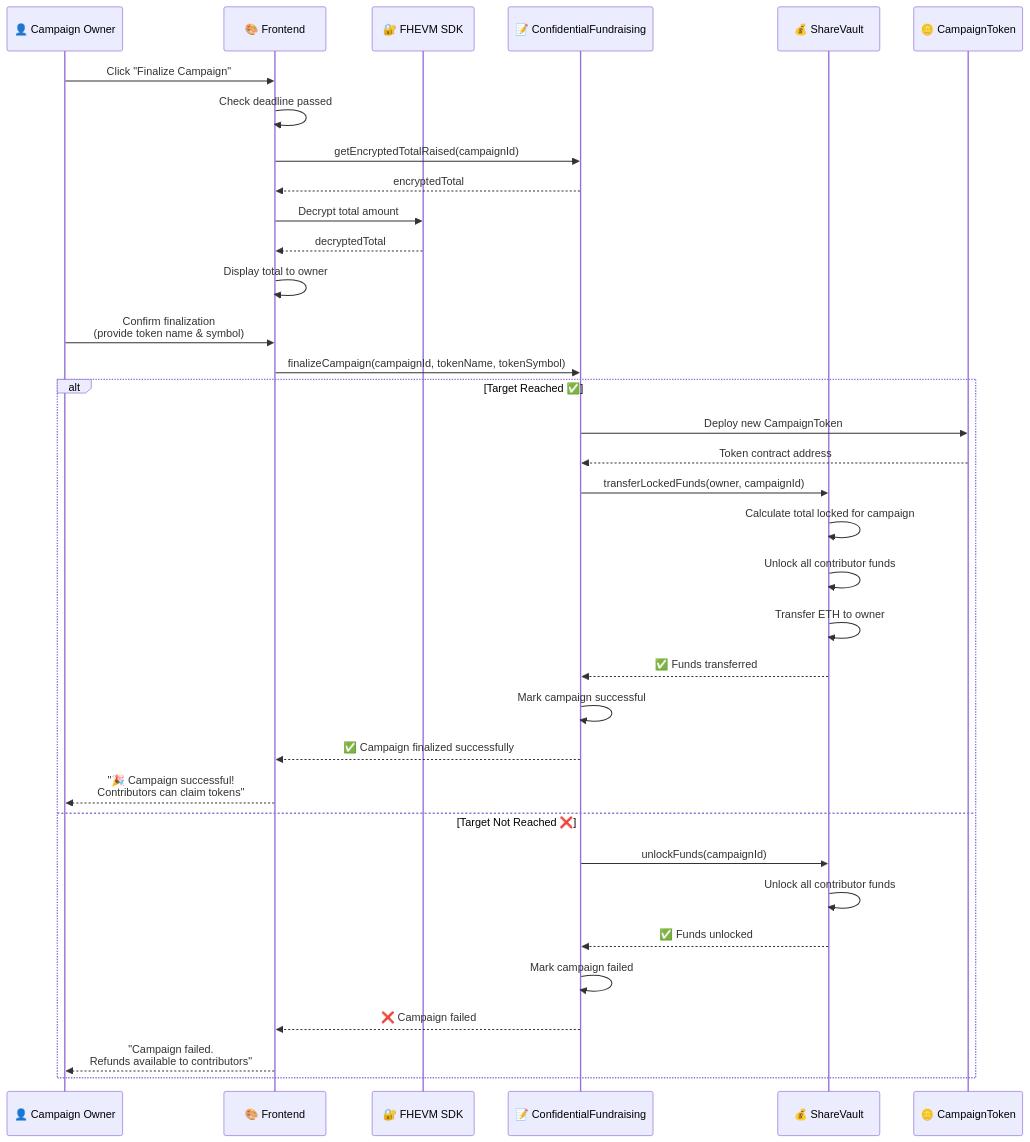
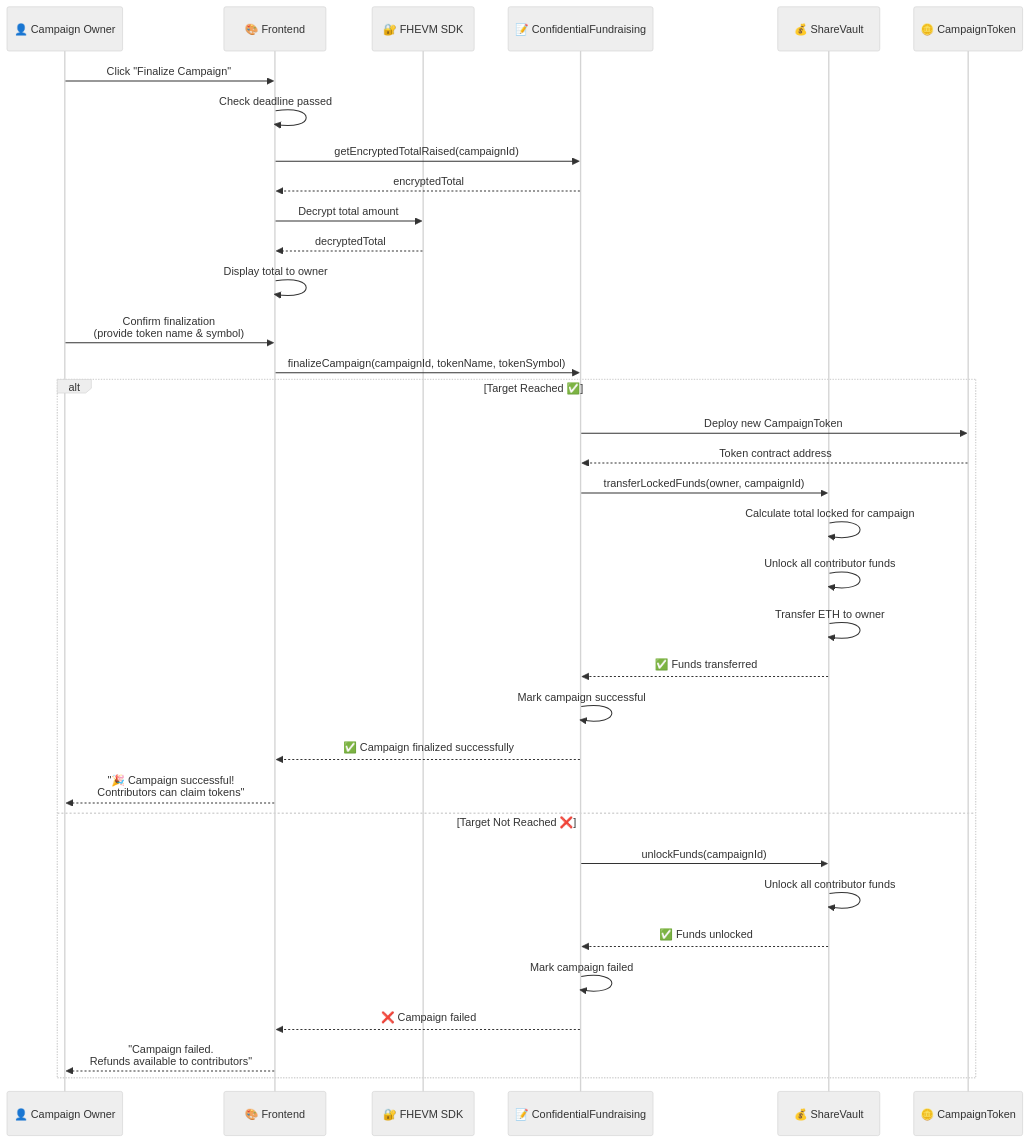
The diagram in diagrams/campaign-finalization.mmd (cris-the-dev/confidental-fundraising), drawn with Mermaid before and after one commit. The commit also changed 10 other files, not shown here.

Commit message:
chore(): update mermaid diagrams style

```diff
--- a/diagrams/campaign-finalization.mmd
+++ b/diagrams/campaign-finalization.mmd
@@ -1,40 +1,46 @@
+---
+config:
+  look: handDrawn
+  theme: neutral
+---
+
 sequenceDiagram
     participant U as 👤 Campaign Owner
     participant F as 🎨 Frontend
     participant SDK as 🔐 FHEVM SDK
     participant CF as 📝 ConfidentialFundraising
     participant SV as 💰 ShareVault
     participant CT as 🪙 CampaignToken
 
     U->>F: Click "Finalize Campaign"
     F->>F: Check deadline passed
 
     F->>CF: getEncryptedTotalRaised(campaignId)
     CF-->>F: encryptedTotal
     F->>SDK: Decrypt total amount
     SDK-->>F: decryptedTotal
 
     F->>F: Display total to owner
     U->>F: Confirm finalization<br/>(provide token name & symbol)
 
     F->>CF: finalizeCampaign(campaignId, tokenName, tokenSymbol)
 
     alt Target Reached ✅
         CF->>CT: Deploy new CampaignToken
         CT-->>CF: Token contract address
         CF->>SV: transferLockedFunds(owner, campaignId)
         SV->>SV: Calculate total locked for campaign
         SV->>SV: Unlock all contributor funds
         SV->>SV: Transfer ETH to owner
         SV-->>CF: ✅ Funds transferred
         CF->>CF: Mark campaign successful
         CF-->>F: ✅ Campaign finalized successfully
         F-->>U: "🎉 Campaign successful!<br/>Contributors can claim tokens"
     else Target Not Reached ❌
         CF->>SV: unlockFunds(campaignId)
         SV->>SV: Unlock all contributor funds
         SV-->>CF: ✅ Funds unlocked
         CF->>CF: Mark campaign failed
         CF-->>F: ❌ Campaign failed
         F-->>U: "Campaign failed.<br/>Refunds available to contributors"
     end
```
